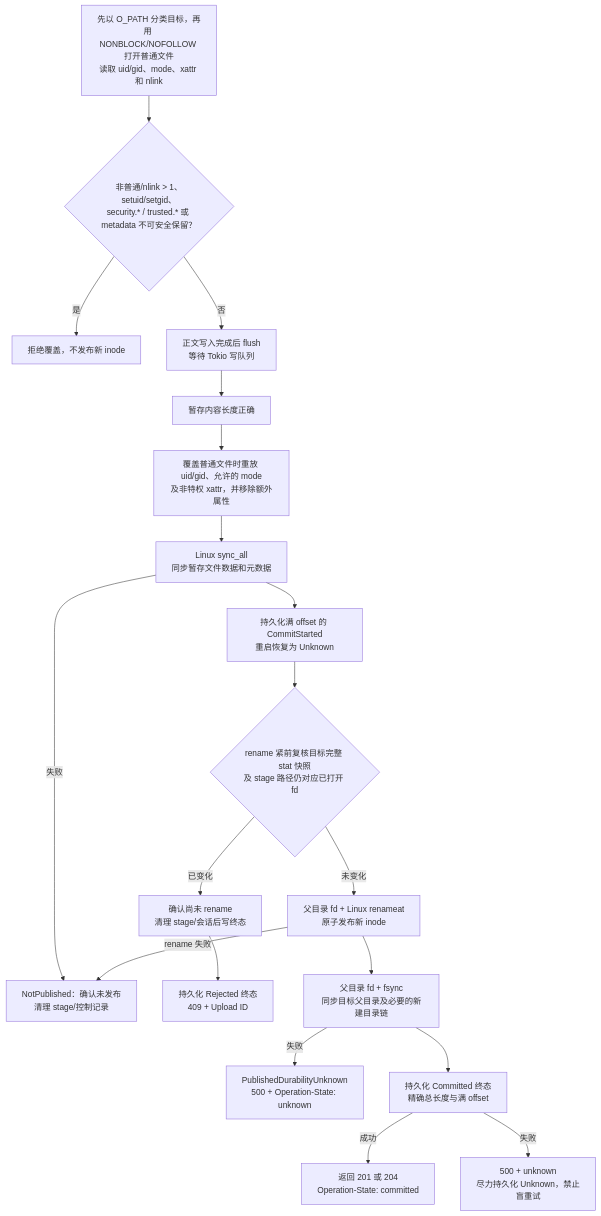
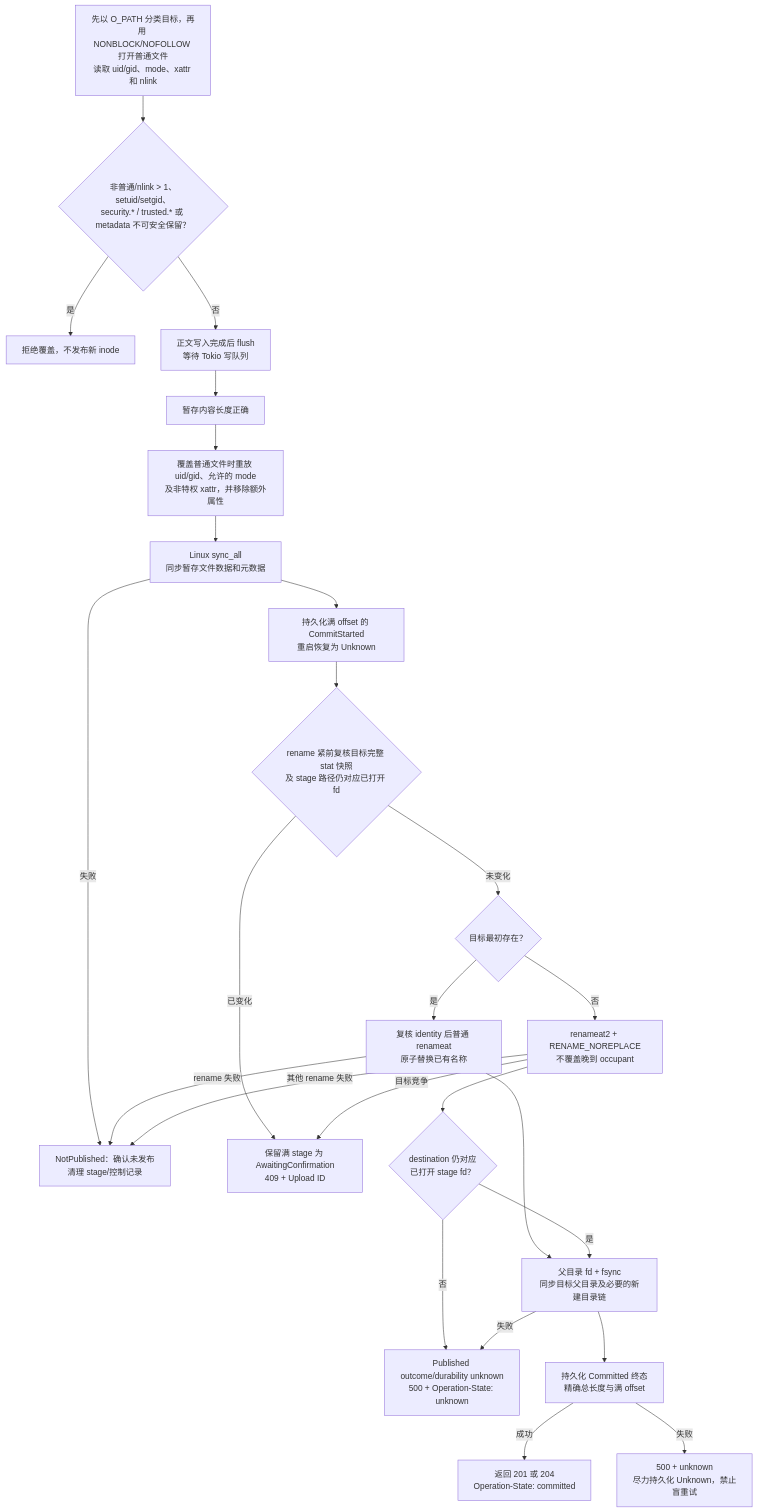
Before and after one commit to isarmg/dufs-ram: diagram 17 of 22 in docs/project-workflow.md, drawn with Mermaid. The commit also changed other lines of this file and 14 other files, not shown here.

````diff
--- a/docs/project-workflow.md
+++ b/docs/project-workflow.md
@@ -724,21 +740,27 @@
 ```mermaid
 flowchart TD
     TARGET["先以 O_PATH 分类目标，再用 NONBLOCK/NOFOLLOW 打开普通文件<br/>读取 uid/gid、mode、xattr 和 nlink"] --> LINK{"非普通/nlink > 1、setuid/setgid、<br/>security.* / trusted.* 或 metadata 不可安全保留？"}
     LINK -- 是 --> REFUSE["拒绝覆盖，不发布新 inode"]
     LINK -- 否 --> FLUSH["正文写入完成后 flush<br/>等待 Tokio 写队列"]
     FLUSH --> COMPLETE["暂存内容长度正确"]
     COMPLETE --> PERM["覆盖普通文件时重放 uid/gid、允许的 mode<br/>及非特权 xattr，并移除额外属性"]
     PERM --> FILE_SYNC["Linux sync_all<br/>同步暂存文件数据和元数据"]
     FILE_SYNC -- 失败 --> NOT_PUBLISHED["NotPublished：确认未发布<br/>清理 stage/控制记录"]
     FILE_SYNC --> COMMIT_STARTED["持久化满 offset 的 CommitStarted<br/>重启恢复为 Unknown"]
     COMMIT_STARTED --> RECHECK{"rename 紧前复核目标完整 stat 快照<br/>及 stage 路径仍对应已打开 fd"}
-    RECHECK -- 已变化 --> REJECT_CLEAN["确认尚未 rename<br/>清理 stage/会话后写终态"]
-    REJECT_CLEAN --> REJECTED["持久化 Rejected 终态<br/>409 + Upload ID"]
-    RECHECK -- 未变化 --> LINUX_RENAME["父目录 fd + Linux renameat<br/>原子发布新 inode"]
-    LINUX_RENAME -- rename 失败 --> NOT_PUBLISHED
-    LINUX_RENAME --> DIR_SYNC["父目录 fd + fsync<br/>同步目标父目录及必要的新建目录链"]
-    DIR_SYNC -- 失败 --> UNKNOWN["PublishedDurabilityUnknown<br/>500 + Operation-State: unknown"]
+    RECHECK -- 已变化 --> AWAITING["保留满 stage 为 AwaitingConfirmation<br/>409 + Upload ID"]
+    RECHECK -- 未变化 --> TARGET_KIND{"目标最初存在？"}
+    TARGET_KIND -- 是 --> EXISTING_RENAME["复核 identity 后普通 renameat<br/>原子替换已有名称"]
+    EXISTING_RENAME -- rename 失败 --> NOT_PUBLISHED
+    EXISTING_RENAME --> DIR_SYNC["父目录 fd + fsync<br/>同步目标父目录及必要的新建目录链"]
+    TARGET_KIND -- 否 --> MISSING_RENAME["renameat2 + RENAME_NOREPLACE<br/>不覆盖晚到 occupant"]
+    MISSING_RENAME -- 目标竞争 --> AWAITING
+    MISSING_RENAME -- 其他 rename 失败 --> NOT_PUBLISHED
+    MISSING_RENAME --> VERIFY_MISSING{"destination 仍对应<br/>已打开 stage fd？"}
+    VERIFY_MISSING -- 否 --> UNKNOWN["Published outcome/durability unknown<br/>500 + Operation-State: unknown"]
+    VERIFY_MISSING -- 是 --> DIR_SYNC
+    DIR_SYNC -- 失败 --> UNKNOWN
     DIR_SYNC --> COMMITTED["持久化 Committed 终态<br/>精确总长度与满 offset"]
     COMMITTED -- 成功 --> SUCCESS["返回 201 或 204<br/>Operation-State: committed"]
     COMMITTED -- 失败 --> TERMINAL_UNKNOWN["500 + unknown<br/>尽力持久化 Unknown，禁止盲重试"]
 ```
````
